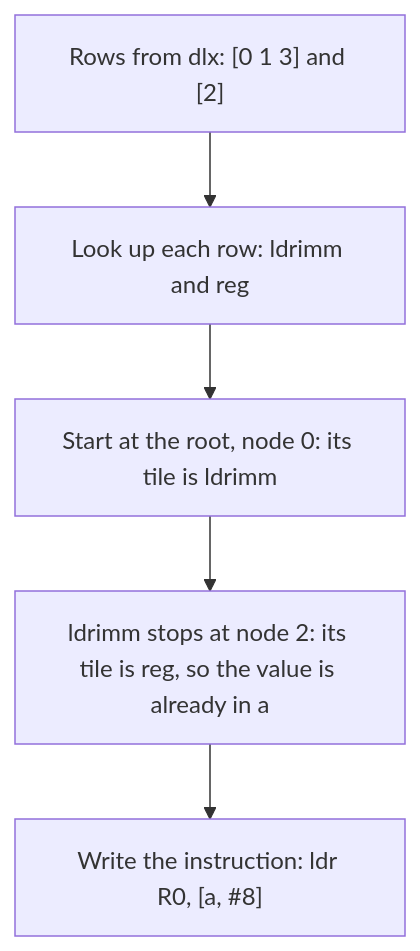
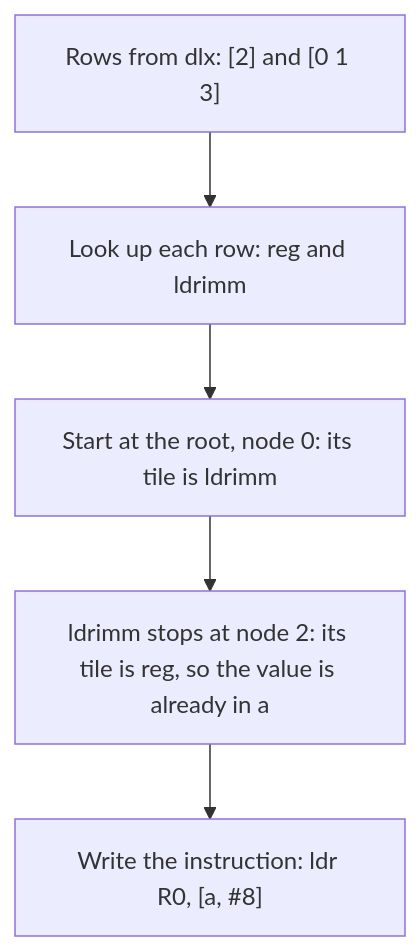
The second of 2 diagrams in examples/instrselect/README.md (dimchansky/dlx), drawn with Mermaid before and after one commit. The commit also changed other lines of this file and 6 other files, not shown here.

````diff
--- a/examples/instrselect/README.md
+++ b/examples/instrselect/README.md
@@ -117,7 +119,7 @@
 ```mermaid
 flowchart TD
-    A["Rows from dlx: [0 1 3] and [2]"] --> B["Look up each row: ldrimm and reg"]
+    A["Rows from dlx: [2] and [0 1 3]"] --> B["Look up each row: reg and ldrimm"]
     B --> C["Start at the root, node 0: its tile is ldrimm"]
     C --> D["ldrimm stops at node 2: its tile is reg, so the value is already in a"]
     D --> E["Write the instruction: ldr R0, [a, #8]"]
 ```
````
